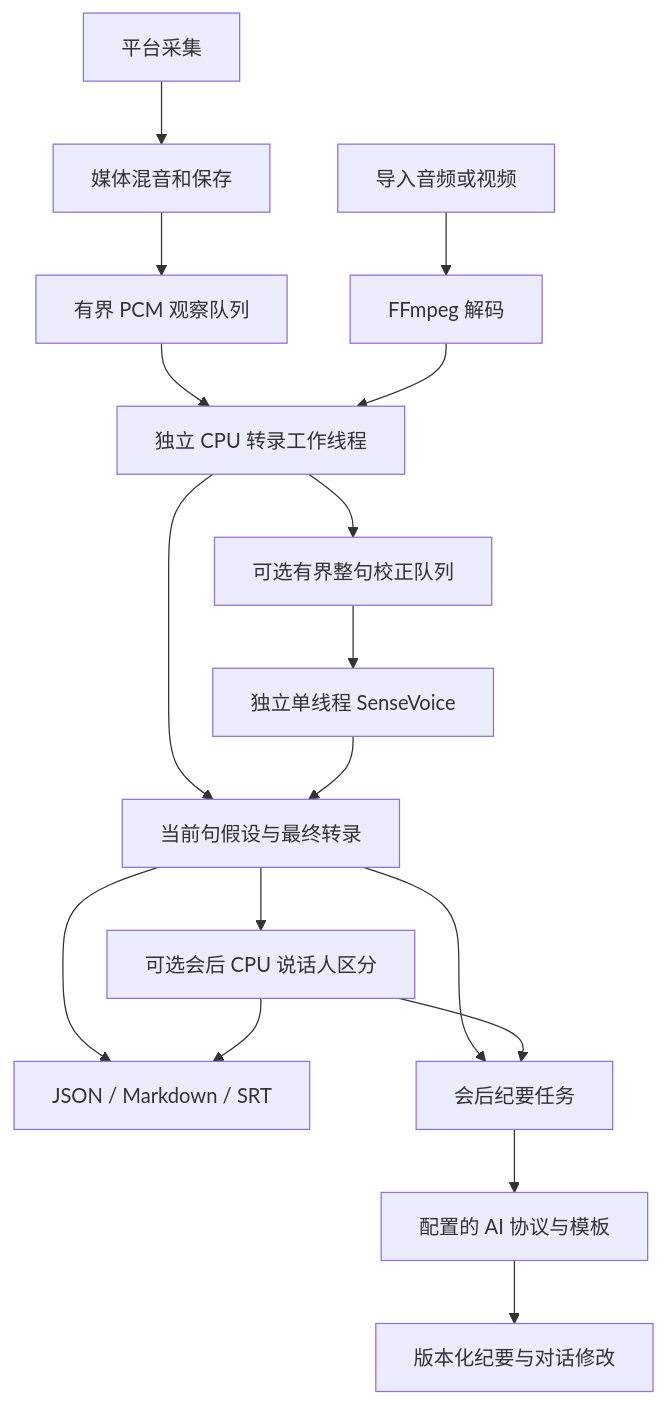
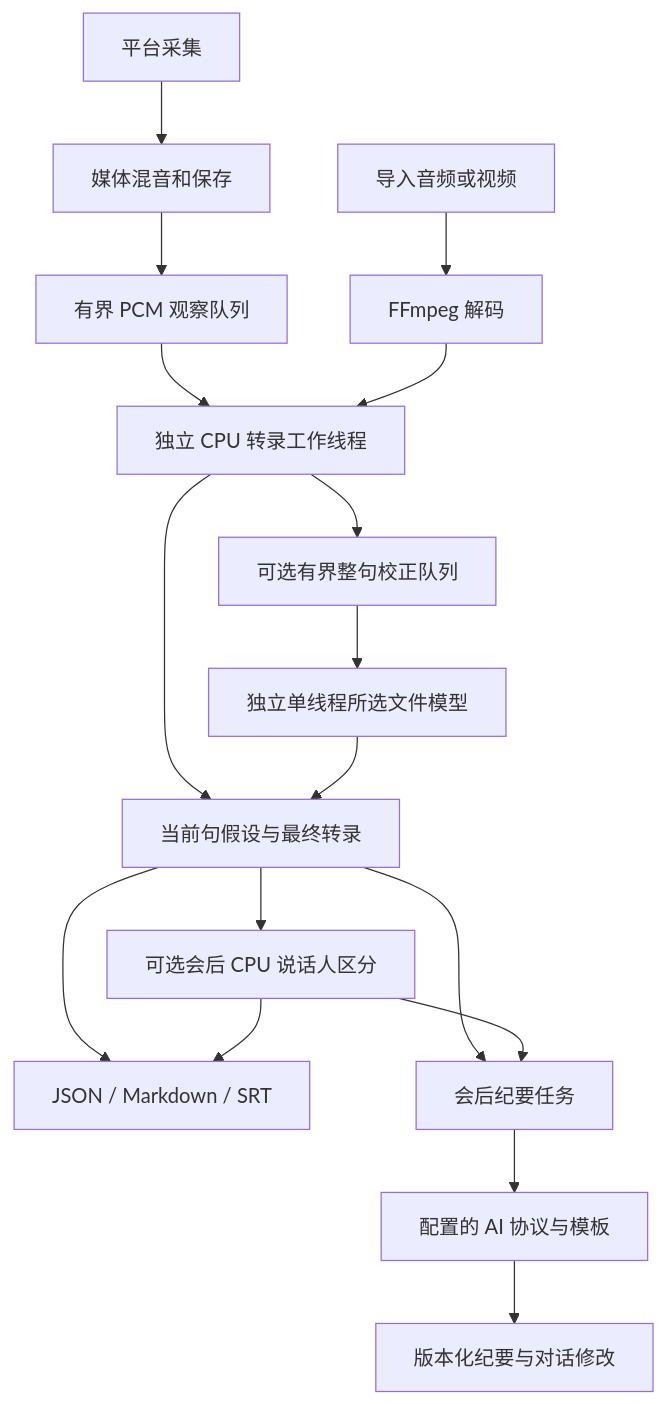
One commit to NOBB2333/meeting_summary changed the diagram in docs/transcription-selection.md. Above: the diagram before and after it, drawn with Mermaid. The commit also changed other lines of this file and 33 other files, not shown here.

````diff
--- a/docs/transcription-selection.md
+++ b/docs/transcription-selection.md
@@ -33,19 +34,19 @@
 ```mermaid
 flowchart TD
     A[平台采集] --> B[媒体混音和保存]
     B --> C[有界 PCM 观察队列]
     D[导入音频或视频] --> E[FFmpeg 解码]
     C --> F[独立 CPU 转录工作线程]
     E --> F
     F --> G[当前句假设与最终转录]
     F --> M[可选有界整句校正队列]
-    M --> N[独立单线程 SenseVoice]
+    M --> N[独立单线程所选文件模型]
     N --> G
     G --> H[JSON / Markdown / SRT]
     G --> I[会后纪要任务]
     G --> K[可选会后 CPU 说话人区分]
     K --> H
     K --> I
     I --> J[配置的 AI 协议与模板]
     J --> L[版本化纪要与对话修改]
 ```
````
